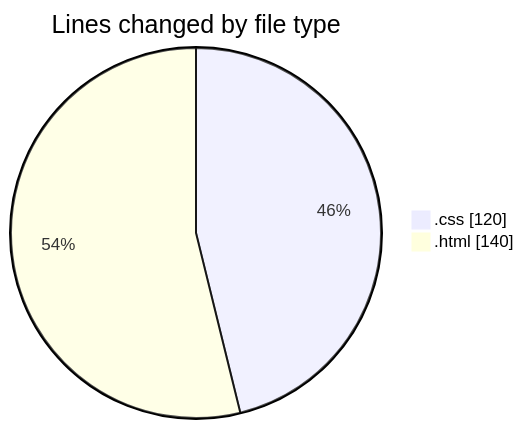
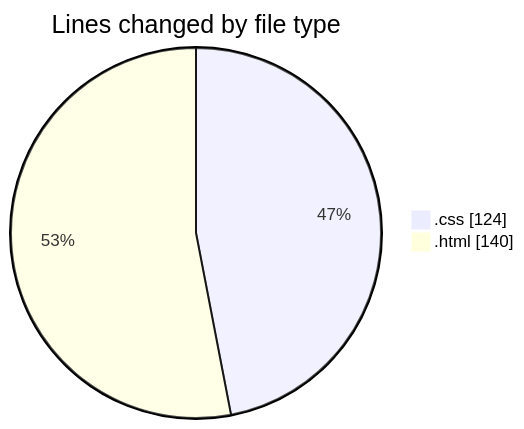
One commit to NitaiMahat/code-tracking changed the first of 2 diagrams in 2025-02-07/recipe-page-main/README.md. Above: the diagram before and after it, drawn with Mermaid. The commit also changed other lines of this file and 1 other file, not shown here.

````diff
--- a/2025-02-07/recipe-page-main/README.md
+++ b/2025-02-07/recipe-page-main/README.md
@@ -21,6 +21,6 @@
 ```mermaid
 pie showData
 title Lines changed by file type
-".css" : 120
+".css" : 124
 ".html" : 140
 ```
````
